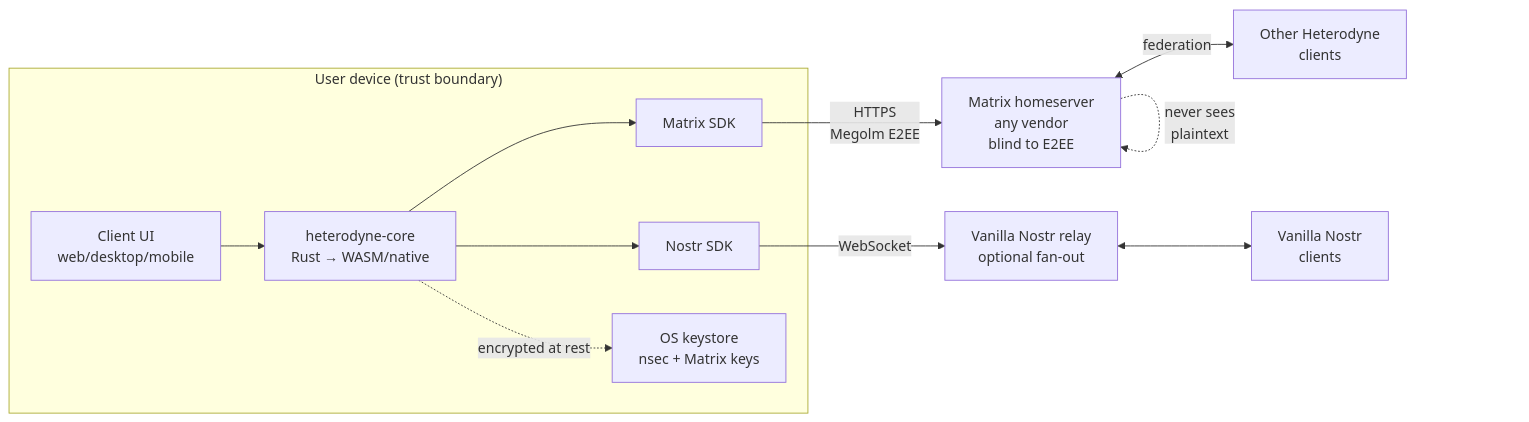
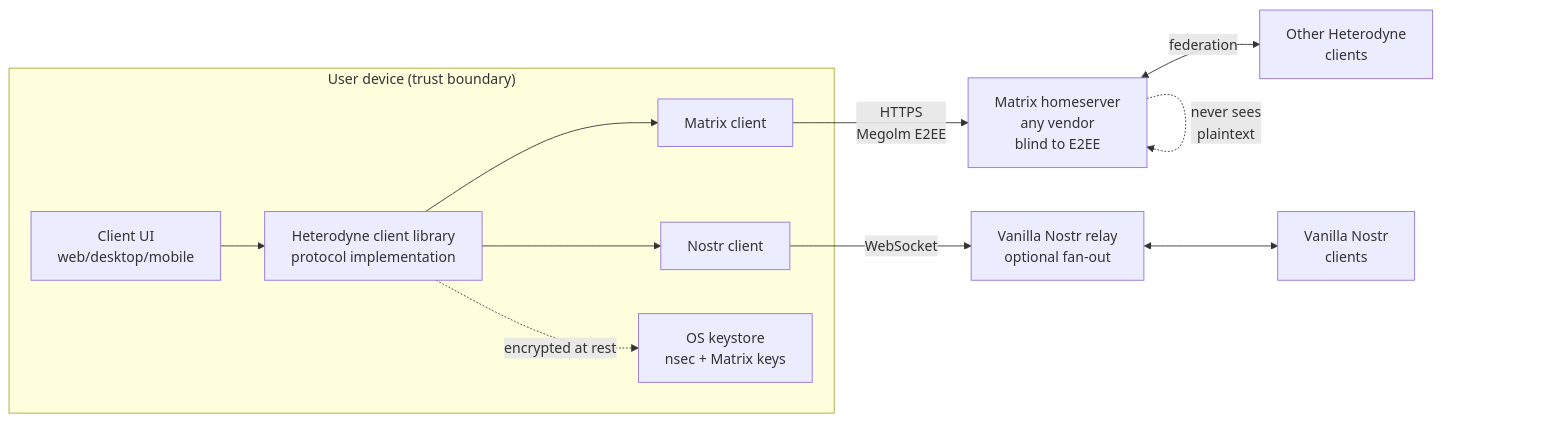
One commit to HeterodyneNetwork/HeterodyneProtocol changed the first of 6 diagrams in docs/spec/heterodyne.md. Above: the diagram before and after it, drawn with Mermaid. The commit also changed other lines of this file and 5 other files, not shown here.

````diff
--- a/docs/spec/heterodyne.md
+++ b/docs/spec/heterodyne.md
@@ -11,22 +15,22 @@
 ```mermaid
 flowchart LR
     subgraph Device["User device (trust boundary)"]
         UI[Client UI<br/>web/desktop/mobile]
-        Core[heterodyne-core<br/>Rust → WASM/native]
-        MSDK[Matrix SDK]
-        NSDK[Nostr SDK]
+        Core[Heterodyne client library<br/>protocol implementation]
+        MSDK[Matrix client]
+        NSDK[Nostr client]
         Keystore[OS keystore<br/>nsec + Matrix keys]
         UI --> Core
         Core --> MSDK
         Core --> NSDK
         Core -.encrypted at rest.-> Keystore
     end
 
     MSDK -->|HTTPS<br/>Megolm E2EE| HS[Matrix homeserver<br/>any vendor<br/>blind to E2EE]
     NSDK -->|WebSocket| Relay[Vanilla Nostr relay<br/>optional fan-out]
 
     HS <-->|federation| Peers[Other Heterodyne<br/>clients]
     Relay <--> NostrPeers[Vanilla Nostr<br/>clients]
 
     HS -.never sees<br/>plaintext.-> HS
 ```
````
